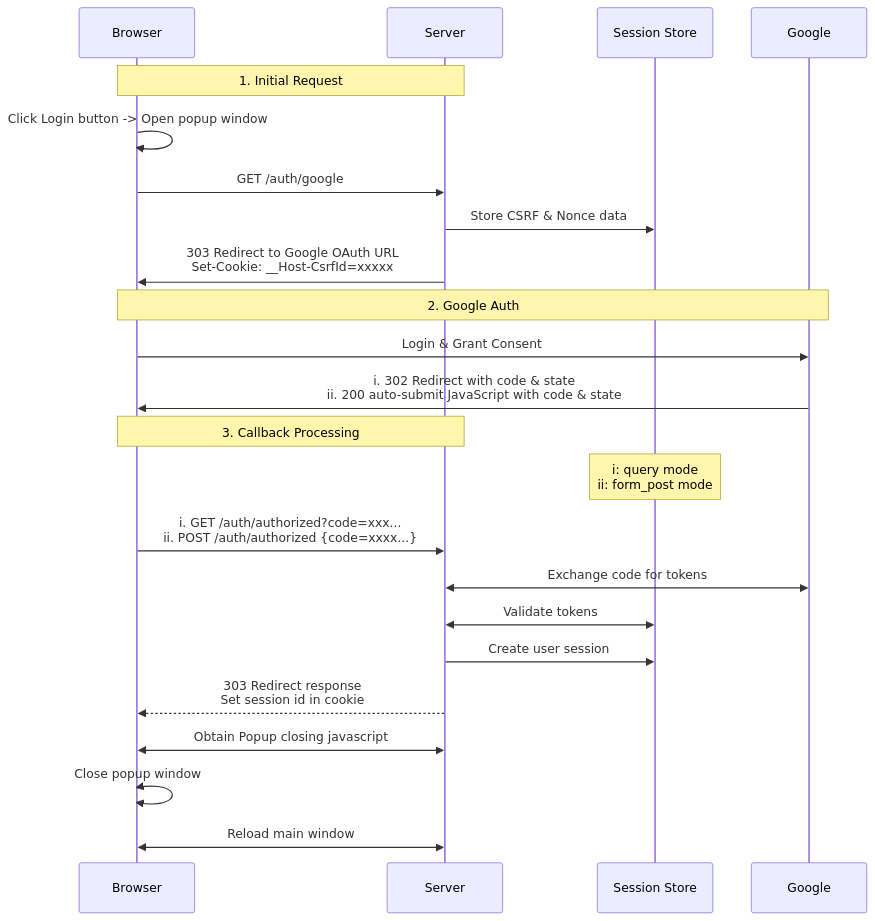
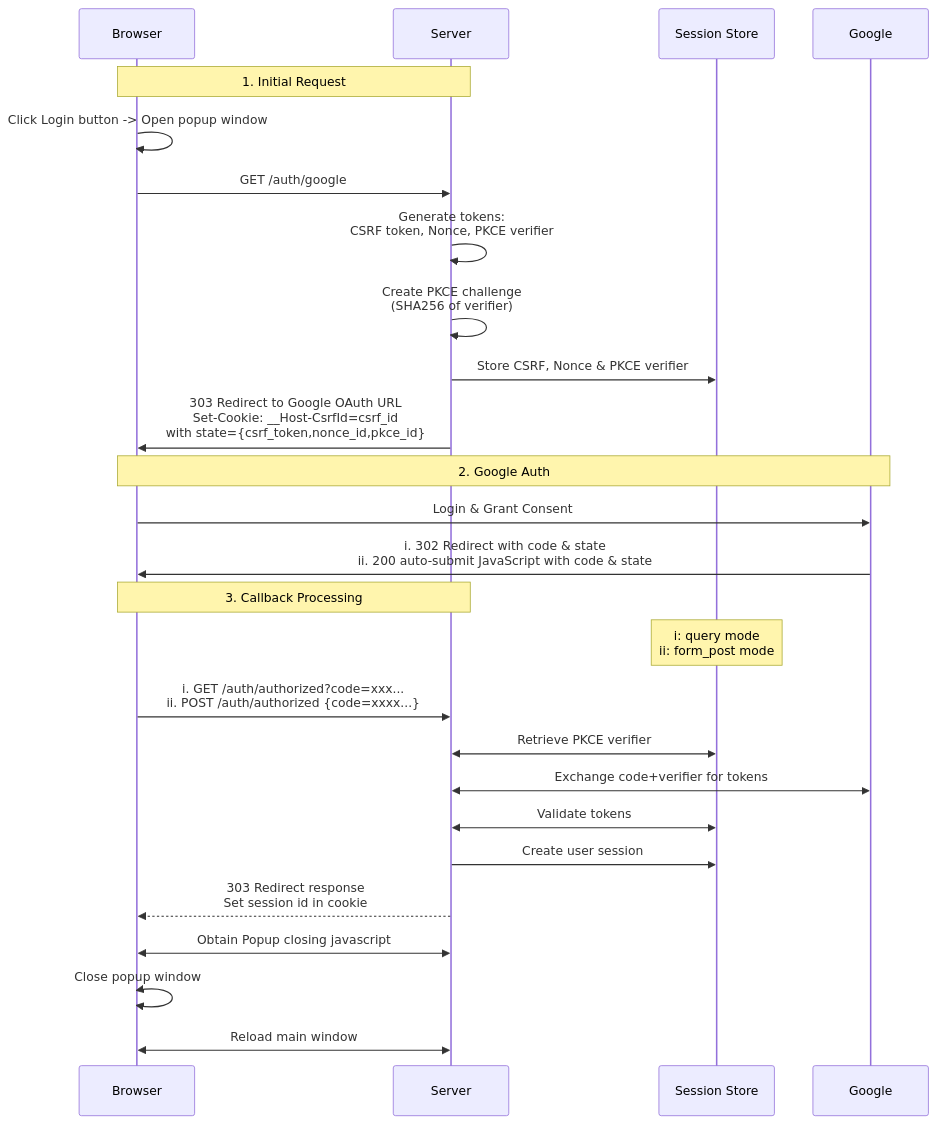
The second of 5 diagrams in 2024/Axum-Google-OAuth2-Login/Readme.en.md (ktaka-ccmp/ktaka.blog.ccmp.jp), drawn with Mermaid before and after one commit. The commit also changed other lines of this file and 3 other files, not shown here.

````diff
--- a/2024/Axum-Google-OAuth2-Login/Readme.en.md
+++ b/2024/Axum-Google-OAuth2-Login/Readme.en.md
@@ -105,28 +107,32 @@
 ```mermaid
 sequenceDiagram
     participant Browser
     participant Server
     participant Session Store
     participant Google
 
     Note over Browser,Server: 1. Initial Request
     Browser->>Browser: Click Login button -> Open popup window
     Browser->>Server: GET /auth/google
-    Server->>Session Store: Store CSRF & Nonce data
-    Server->>Browser: 303 Redirect to Google OAuth URL<br/>Set-Cookie: __Host-CsrfId=xxxxx
+    Server->>Server: Generate tokens:<br/>CSRF token, Nonce, PKCE verifier
+    Server->>Server: Create PKCE challenge<br/>(SHA256 of verifier)
+
+    Server->>Session Store: Store CSRF, Nonce & PKCE verifier
+    Server->>Browser: 303 Redirect to Google OAuth URL<br/>Set-Cookie: __Host-CsrfId=csrf_id<br/>with state={csrf_token,nonce_id,pkce_id}
 
     Note over Browser,Google: 2. Google Auth
     Browser->>Google: Login & Grant Consent
     Google->>Browser: i. 302 Redirect with code & state <br/> ii. 200 auto-submit JavaScript with code & state
 
     Note over Browser,Server: 3. Callback Processing
     Note over Session Store: i: query mode<br/>ii: form_post mode
     Browser->>Server: i. GET /auth/authorized?code=xxx...<br/>ii. POST /auth/authorized {code=xxxx...}
-    Server<<->>Google: Exchange code for tokens
+    Server<<->>Session Store: Retrieve PKCE verifier
+    Server<<->>Google: Exchange code+verifier for tokens
     Server<<->>Session Store: Validate tokens
     Server->>Session Store: Create user session
     Server-->>Browser: 303 Redirect response<br/>Set session id in cookie
     Server<<->>Browser: Obtain Popup closing javascript
     Browser<<->>Browser: Close popup window
     Server<<->>Browser: Reload main window
 ```
````
